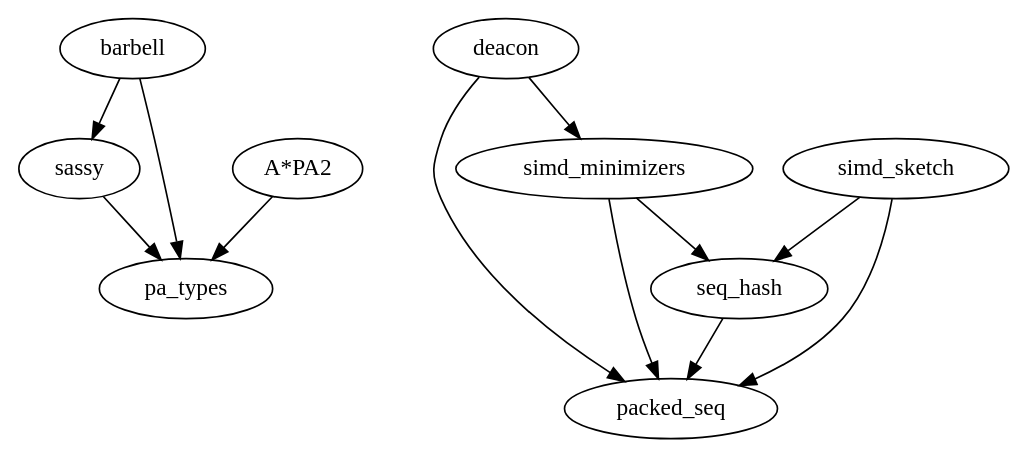
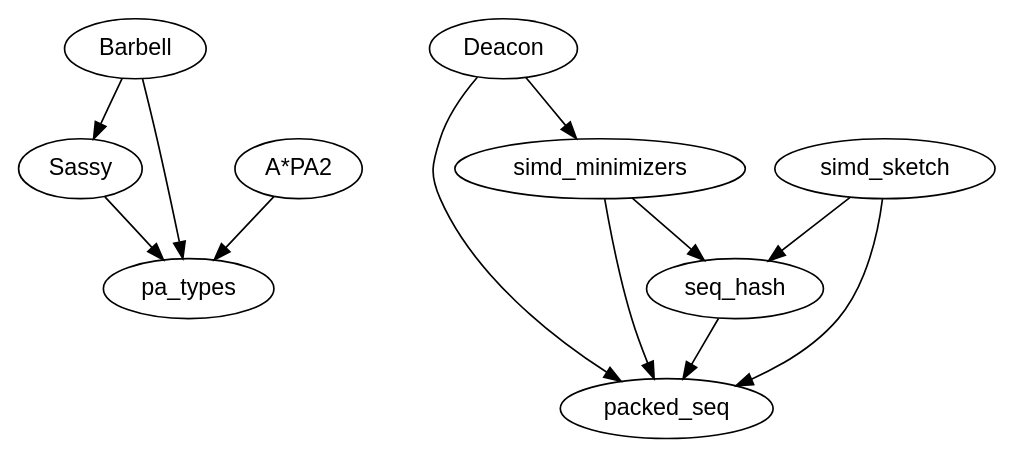
One commit to RagnarGrootKoerkamp/research changed the diagram in pages/software.org. Above: the diagram before and after it, drawn with Graphviz. The commit also changed other lines of this file and 7 other files, not shown here.

```diff
--- a/pages/software.org
+++ b/pages/software.org
@@ -53,15 +41,16 @@
-#+BEGIN_SRC dot :file software-dep-graph.png
+#+BEGIN_SRC dot :file software-dep-graph.svg
 digraph {
-barbell -> sassy
-barbell -> pa_types
-sassy -> pa_types
-deacon -> simd_minimizers
-deacon -> packed_seq
+node [fontname = "Helvetica"];
+Barbell -> Sassy
+Barbell -> pa_types
+Sassy -> pa_types
+Deacon -> simd_minimizers
+Deacon -> packed_seq
 simd_minimizers -> seq_hash
 simd_minimizers -> packed_seq
 seq_hash -> packed_seq
 simd_sketch -> packed_seq
 simd_sketch -> seq_hash
 "A*PA2" -> pa_types
 }
 #+END_SRC
```
